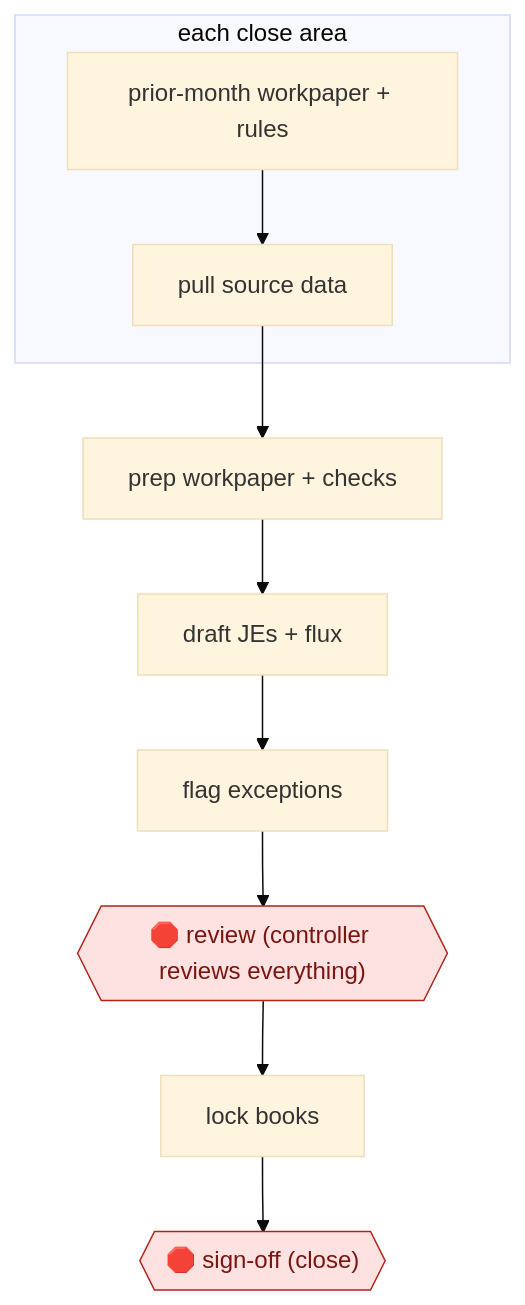
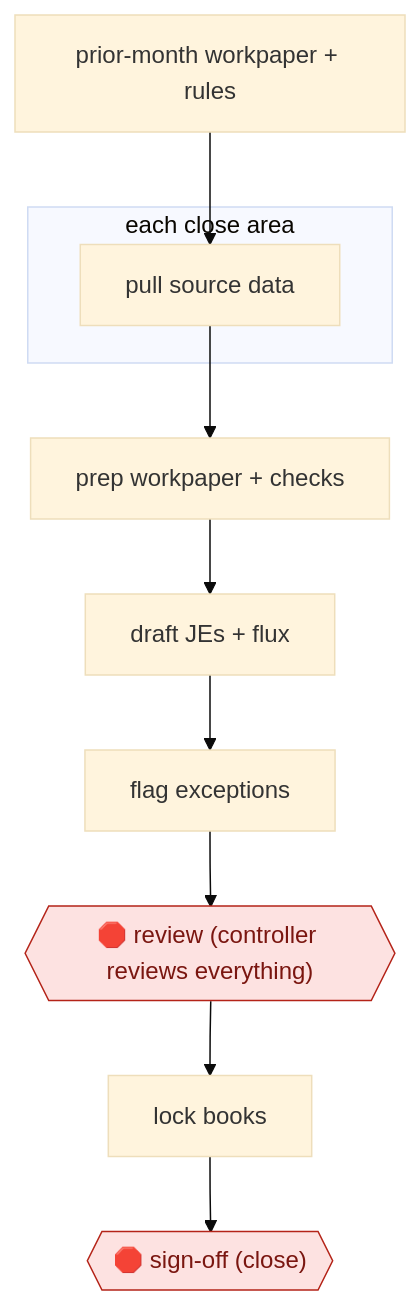
One commit to milesradford99/agent-workflow-atlas changed the diagram in workflows/PRO/FIN/CLOSE/workpaper-matched-close/README.md. Above: the diagram before and after it, drawn with Mermaid (base theme). The commit also changed other lines of this file and 171 other files, not shown here.

````diff
--- a/workflows/PRO/FIN/CLOSE/workpaper-matched-close/README.md
+++ b/workflows/PRO/FIN/CLOSE/workpaper-matched-close/README.md
@@ -31,21 +31,21 @@
 ```mermaid
 flowchart TD
   n1["prior-month workpaper + rules"]
   subgraph s2["each close area"]
   n3["pull source data"]
-  n1 --> n3
   end
   n4["prep workpaper + checks"]
+  n5["draft JEs + flux"]
+  n6["flag exceptions"]
+  n7{{"🛑 review (controller reviews everything)"}}:::stop
+  n8["lock books"]
+  n9{{"🛑 sign-off (close)"}}:::stop
+  n1 --> n3
   n3 --> n4
-  n5["draft JEs + flux"]
   n4 --> n5
-  n6["flag exceptions"]
   n5 --> n6
-  n7{{"🛑 review (controller reviews everything)"}}:::stop
   n6 --> n7
-  n8["lock books"]
   n7 --> n8
-  n9{{"🛑 sign-off (close)"}}:::stop
   n8 --> n9
   classDef stop fill:#fde2e1,stroke:#b42318,color:#7a1610
 ```
````
